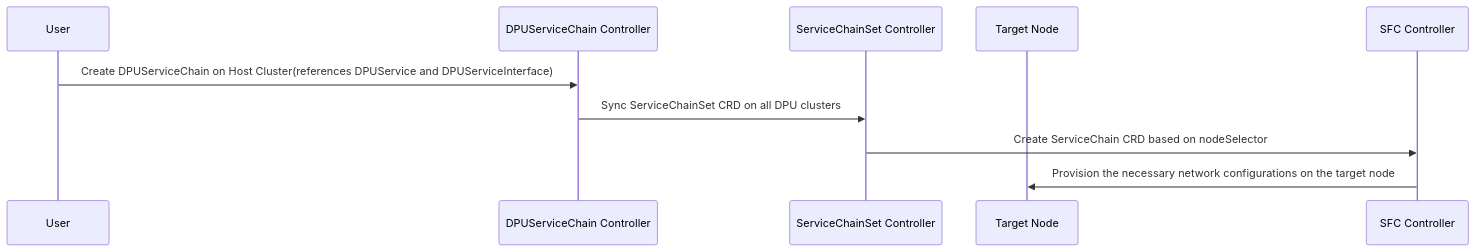
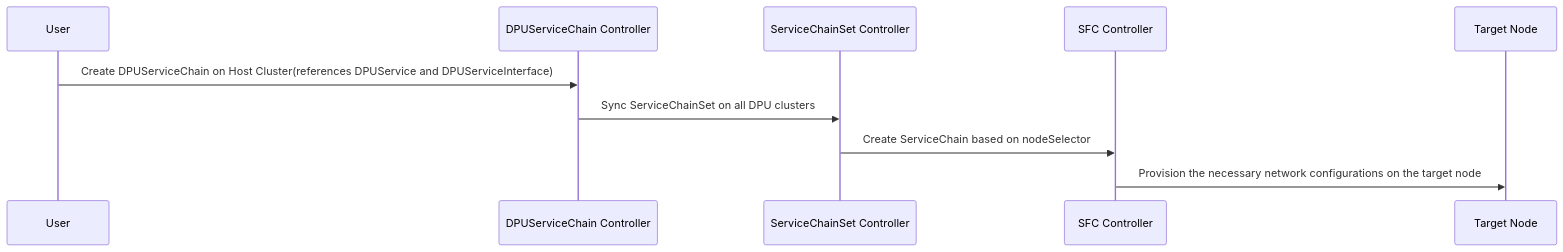
The diagram in docs/guides/dpuservicechain.md (killianmuldoon/doca-platform), drawn with Mermaid before and after one commit. The commit also changed other lines of this file and 1 other file, not shown here.

First line of the commit message:
chore: dpuserviceinterface flow in arch/system doc

````diff
--- a/docs/guides/dpuservicechain.md
+++ b/docs/guides/dpuservicechain.md
@@ -13,12 +13,13 @@
 ```mermaid
 sequenceDiagram
     participant User
     participant DPUServiceChain Controller
     participant ServiceChainSet Controller
+    participant SFC Controller
     participant Target Node
 
     User->>DPUServiceChain Controller: Create DPUServiceChain on Host Cluster(references DPUService and DPUServiceInterface)
-    DPUServiceChain Controller->>ServiceChainSet Controller: Sync ServiceChainSet CRD on all DPU clusters
-    ServiceChainSet Controller->>SFC Controller: Create ServiceChain CRD based on nodeSelector
+    DPUServiceChain Controller->>ServiceChainSet Controller: Sync ServiceChainSet  on all DPU clusters
+    ServiceChainSet Controller->>SFC Controller: Create ServiceChain  based on nodeSelector
     SFC Controller->>Target Node: Provision the necessary network configurations on the target node
 ```
````
